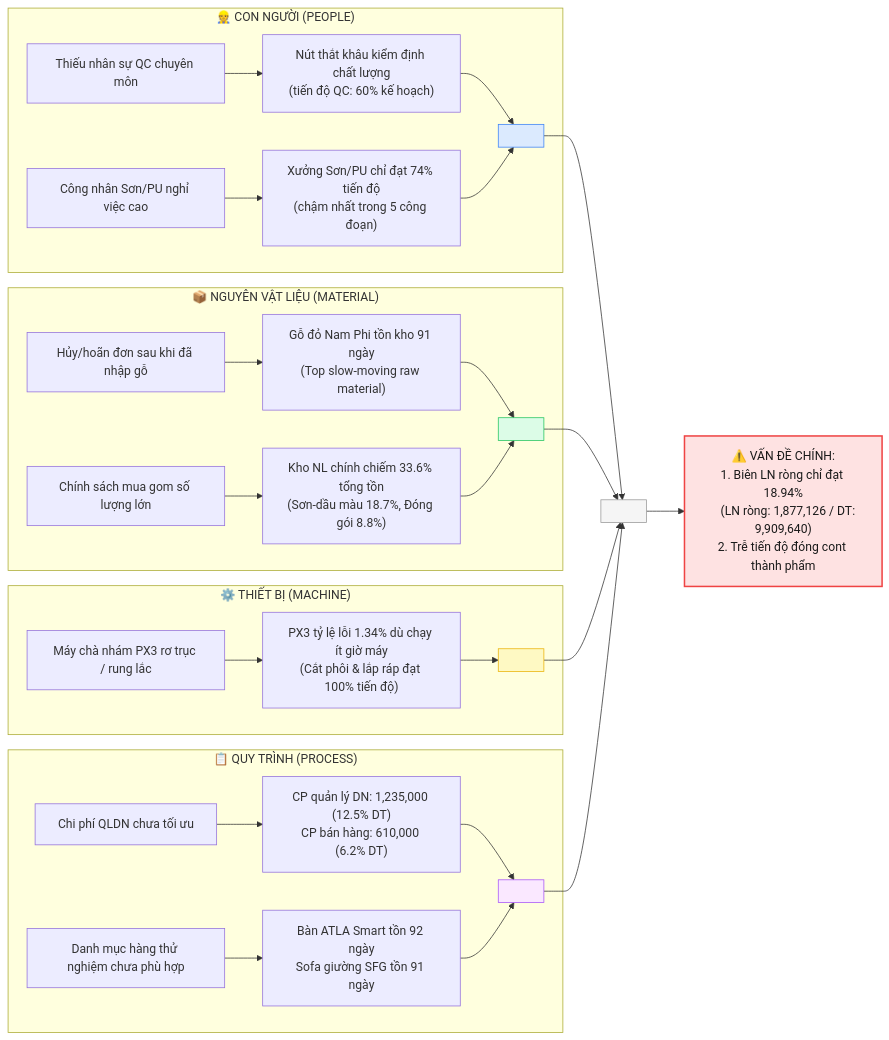
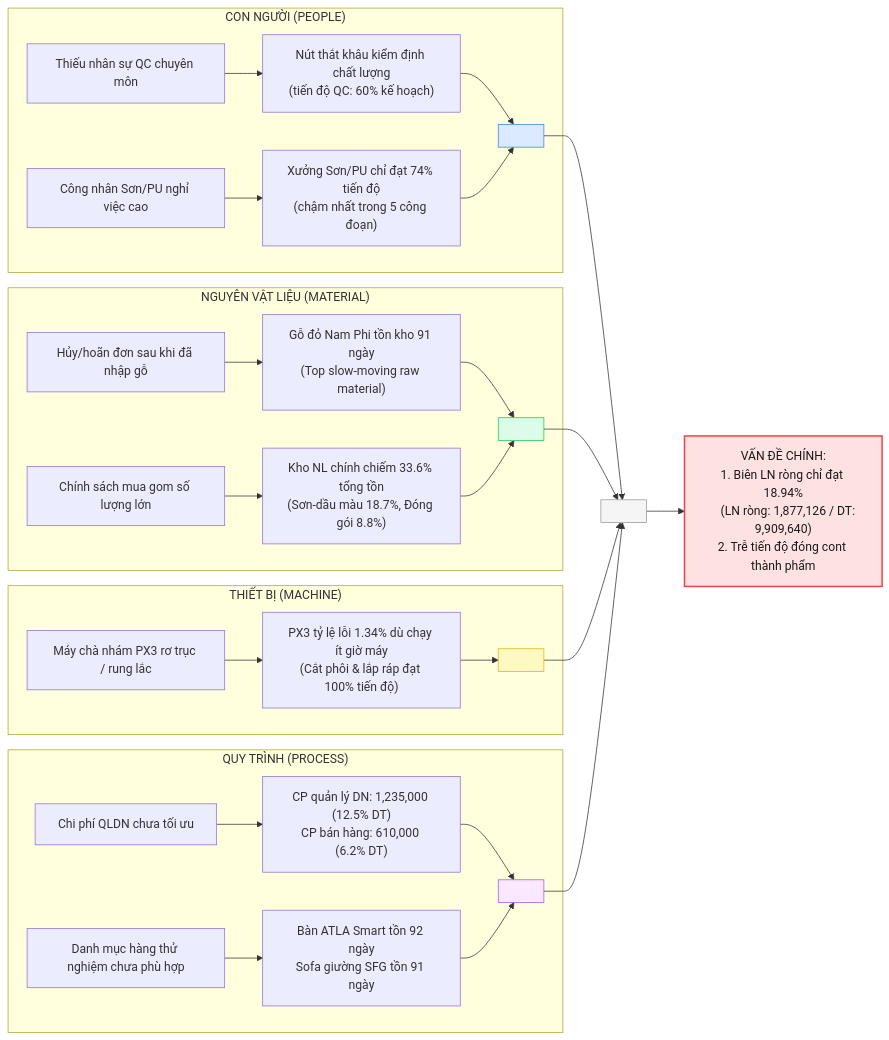
Before and after one commit to BachNguyen2kx/verp-dashboard: the first of 2 diagrams in README_VI.md, drawn with Mermaid. The commit also changed 1 other file, not shown here.

Commit message:
style: remove emoji from fishbone diagram for professional look

````diff
--- a/README_VI.md
+++ b/README_VI.md
@@ -89,42 +89,42 @@
 ```mermaid
 graph LR
-    subgraph PEOPLE ["👷 CON NGƯỜI (PEOPLE)"]
+    subgraph PEOPLE ["CON NGƯỜI (PEOPLE)"]
         P1["Thiếu nhân sự QC chuyên môn"] --> P1_Detail["Nút thắt khâu kiểm định chất lượng<br>(tiến độ QC: 60% kế hoạch)"]
         P2["Công nhân Sơn/PU nghỉ việc cao"] --> P2_Detail["Xưởng Sơn/PU chỉ đạt 74% tiến độ<br>(chậm nhất trong 5 công đoạn)"]
         P1_Detail --> Cause_People[" "]
         P2_Detail --> Cause_People
     end
 
-    subgraph MATERIAL ["📦 NGUYÊN VẬT LIỆU (MATERIAL)"]
+    subgraph MATERIAL ["NGUYÊN VẬT LIỆU (MATERIAL)"]
         M1["Hủy/hoãn đơn sau khi đã nhập gỗ"] --> M1_Detail["Gỗ đỏ Nam Phi tồn kho 91 ngày<br>(Top slow-moving raw material)"]
         M2["Chính sách mua gom số lượng lớn"] --> M2_Detail["Kho NL chính chiếm 33.6% tổng tồn<br>(Sơn-dầu màu 18.7%, Đóng gói 8.8%)"]
         M1_Detail --> Cause_Material[" "]
         M2_Detail --> Cause_Material
     end
 
-    subgraph MACHINE ["⚙️ THIẾT BỊ (MACHINE)"]
+    subgraph MACHINE ["THIẾT BỊ (MACHINE)"]
         MC1["Máy chà nhám PX3 rơ trục / rung lắc"] --> MC1_Detail["PX3 tỷ lệ lỗi 1.34% dù chạy ít giờ máy<br>(Cắt phôi & lắp ráp đạt 100% tiến độ)"]
         MC1_Detail --> Cause_Machine[" "]
     end
 
-    subgraph PROCESS ["📋 QUY TRÌNH (PROCESS)"]
+    subgraph PROCESS ["QUY TRÌNH (PROCESS)"]
         PR1["Chi phí QLDN chưa tối ưu"] --> PR1_Detail["CP quản lý DN: 1,235,000 (12.5% DT)<br>CP bán hàng: 610,000 (6.2% DT)"]
         PR2["Danh mục hàng thử nghiệm chưa phù hợp"] --> PR2_Detail["Bàn ATLA Smart tồn 92 ngày<br>Sofa giường SFG tồn 91 ngày"]
         PR1_Detail --> Cause_Process[" "]
         PR2_Detail --> Cause_Process
     end
 
     Cause_People --> Backbone[" "]
     Cause_Material --> Backbone
     Cause_Machine --> Backbone
     Cause_Process --> Backbone
 
-    Backbone --> Problem["⚠️ VẤN ĐỀ CHÍNH:<br>1. Biên LN ròng chỉ đạt 18.94%<br>    (LN ròng: 1,877,126 / DT: 9,909,640)<br>2. Trễ tiến độ đóng cont thành phẩm"]
+    Backbone --> Problem["VẤN ĐỀ CHÍNH:<br>1. Biên LN ròng chỉ đạt 18.94%<br>    (LN ròng: 1,877,126 / DT: 9,909,640)<br>2. Trễ tiến độ đóng cont thành phẩm"]
 
     style Problem fill:#fee2e2,stroke:#ef4444,stroke-width:2px,color:#1a1a1a;
     style Backbone fill:#f5f5f5,stroke:#999,color:#f5f5f5;
     style Cause_People fill:#dbeafe,stroke:#3b82f6,color:#dbeafe;
     style Cause_Material fill:#dcfce7,stroke:#22c55e,color:#dcfce7;
     style Cause_Machine fill:#fef9c3,stroke:#eab308,color:#fef9c3;
     style Cause_Process fill:#fae8ff,stroke:#a855f7,color:#fae8ff;
 ```
````
